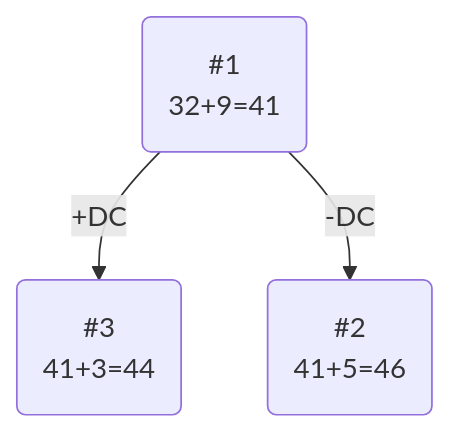
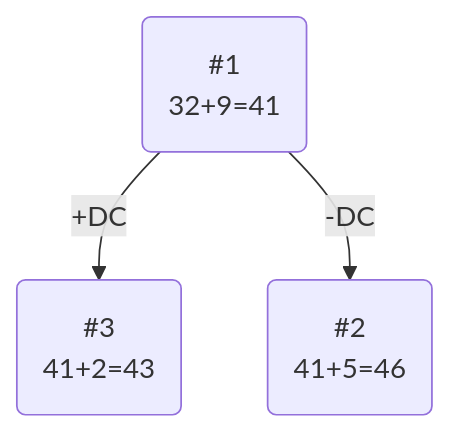
One commit to lsadovickaa-commits/- changed the second of 6 diagrams in dev_null.md. Above: the diagram before and after it, drawn with Mermaid. The commit also changed other lines of this file, not shown here.

````diff
--- a/dev_null.md
+++ b/dev_null.md
@@ -133,8 +133,8 @@
 ```mermaid
 graph TB
     1(#1
     32+9=41)-->|+DC|3(#3
-    41+3=44)
+    41+2=43)
     1-->|-DC|2(#2
     41+5=46)
 ```
````
